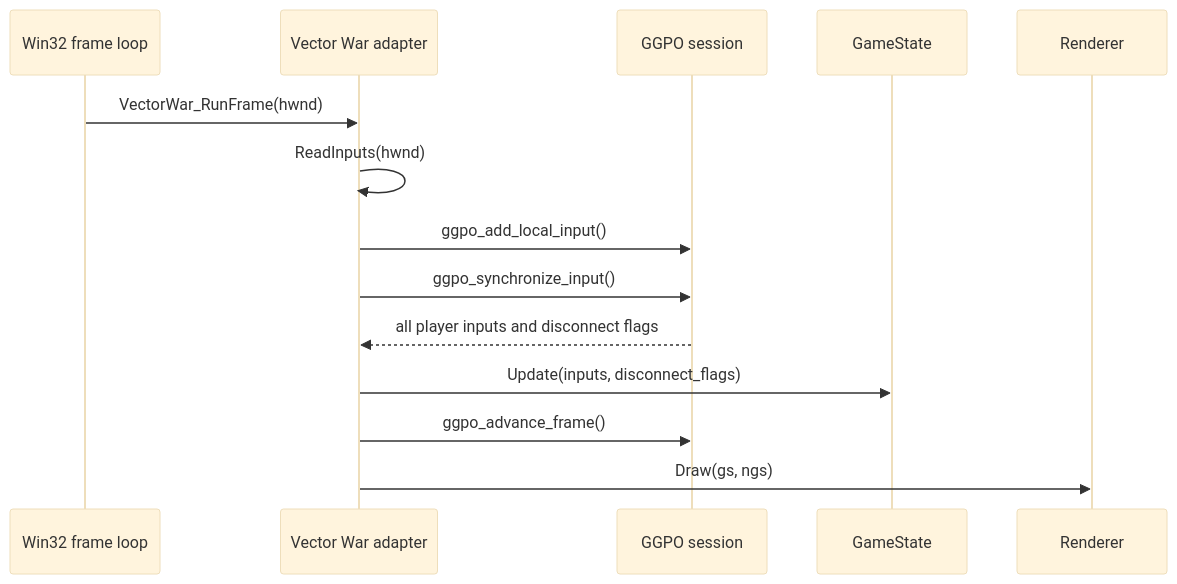
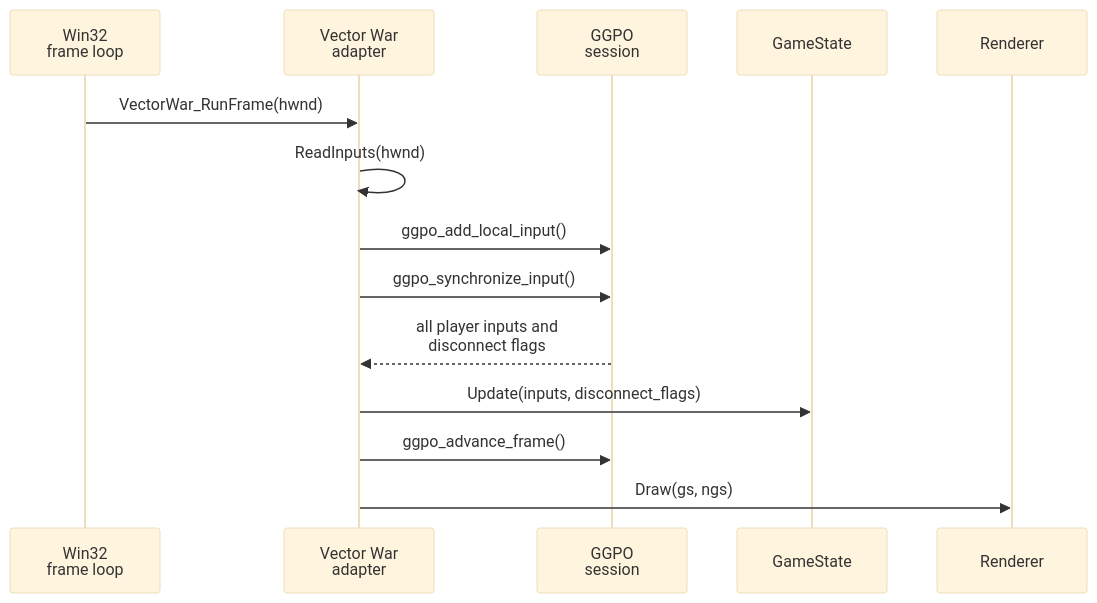
The fourth of 7 diagrams in doc/architecture/VectorWar.md (irregularthanis/ggpo-next), drawn with Mermaid (base theme) before and after one commit. The commit also changed other lines of this file and 9 other files, not shown here.

Commit message:
docs: wrap Mermaid diagram labels

````diff
--- a/doc/architecture/VectorWar.md
+++ b/doc/architecture/VectorWar.md
@@ -178,17 +178,17 @@
 ```mermaid
 sequenceDiagram
-    participant MainLoop as Win32 frame loop
-    participant VW as Vector War adapter
-    participant GGPO as GGPO session
+    participant MainLoop as Win32<br/>frame loop
+    participant VW as Vector War<br/>adapter
+    participant GGPO as GGPO<br/>session
     participant GS as GameState
     participant Draw as Renderer
 
     MainLoop->>VW: VectorWar_RunFrame(hwnd)
     VW->>VW: ReadInputs(hwnd)
     VW->>GGPO: ggpo_add_local_input()
     VW->>GGPO: ggpo_synchronize_input()
-    GGPO-->>VW: all player inputs and disconnect flags
+    GGPO-->>VW: all player inputs and<br/>disconnect flags
     VW->>GS: Update(inputs, disconnect_flags)
     VW->>GGPO: ggpo_advance_frame()
     VW->>Draw: Draw(gs, ngs)
 ```
````
